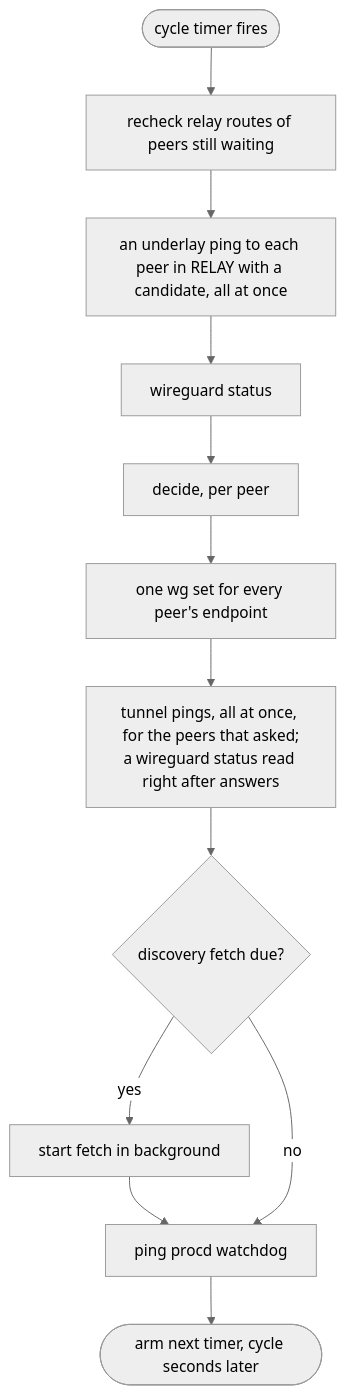
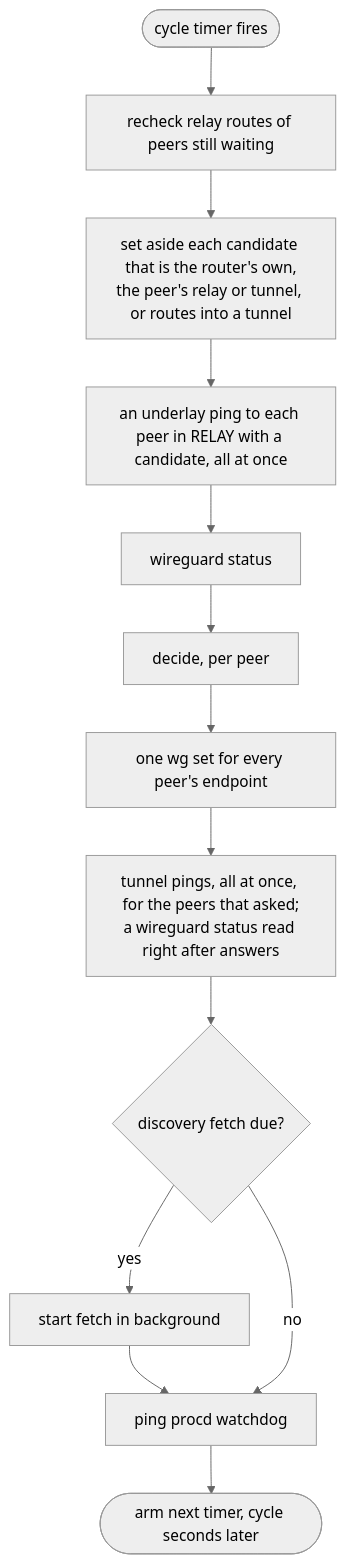
The diagram in docs/explanation/architecture.md (m00qek/wgpathd), drawn with Mermaid (neutral theme) before and after one commit. The commit also changed other lines of this file and 5 other files, not shown here.

````diff
--- a/docs/explanation/architecture.md
+++ b/docs/explanation/architecture.md
@@ -46,13 +46,14 @@
 ```mermaid
 flowchart TD
     T([cycle timer fires]) --> R[recheck relay routes of peers still waiting]
-    R --> G["an underlay ping to each peer in RELAY with a candidate, all at once"]
+    R --> V["set aside each candidate that is the router's own,<br/>the peer's relay or tunnel, or routes into a tunnel"]
+    V --> G["an underlay ping to each peer in RELAY with a candidate, all at once"]
     G --> K[wireguard status]
     K --> D[decide, per peer]
     D --> S["one wg set for every peer's endpoint"]
     S --> P["tunnel pings, all at once, for the peers that asked;<br/>a wireguard status read right after answers"]
     P --> F{discovery fetch due?}
     F -- yes --> BG[start fetch in background] --> W
     F -- no --> W[ping procd watchdog]
     W --> N([arm next timer, cycle seconds later])
 ```
````
